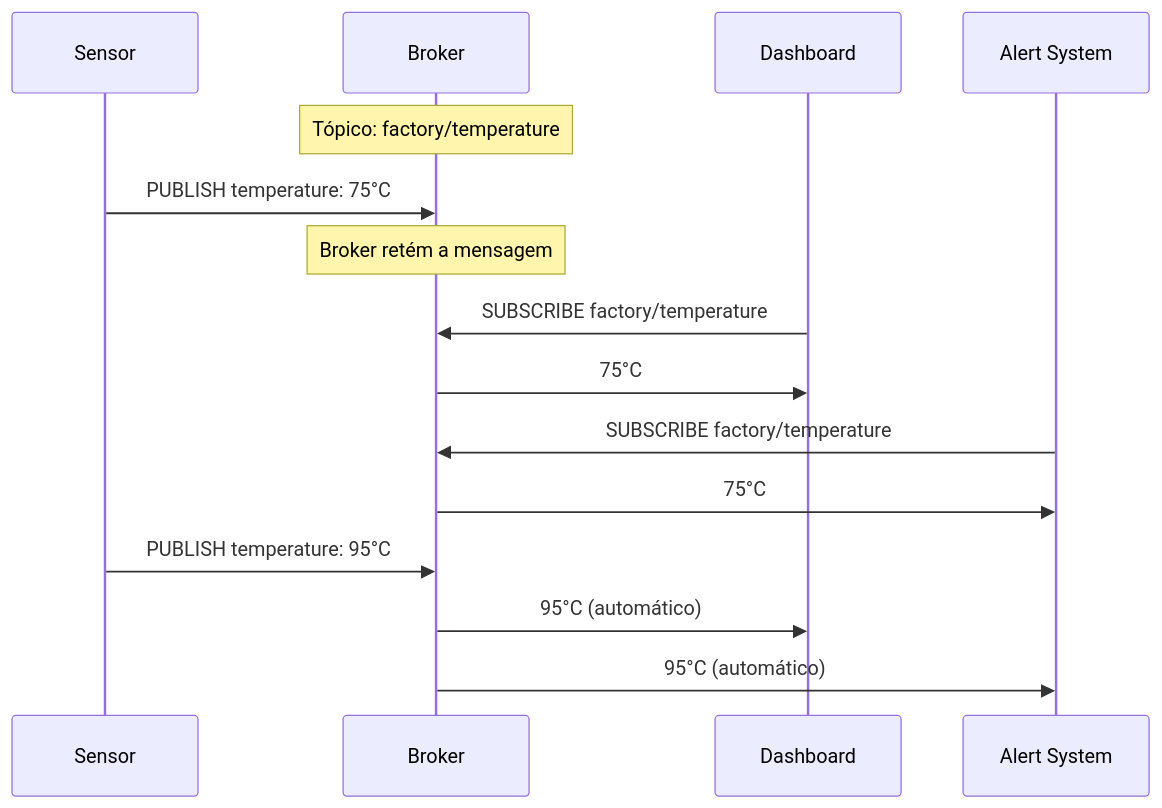
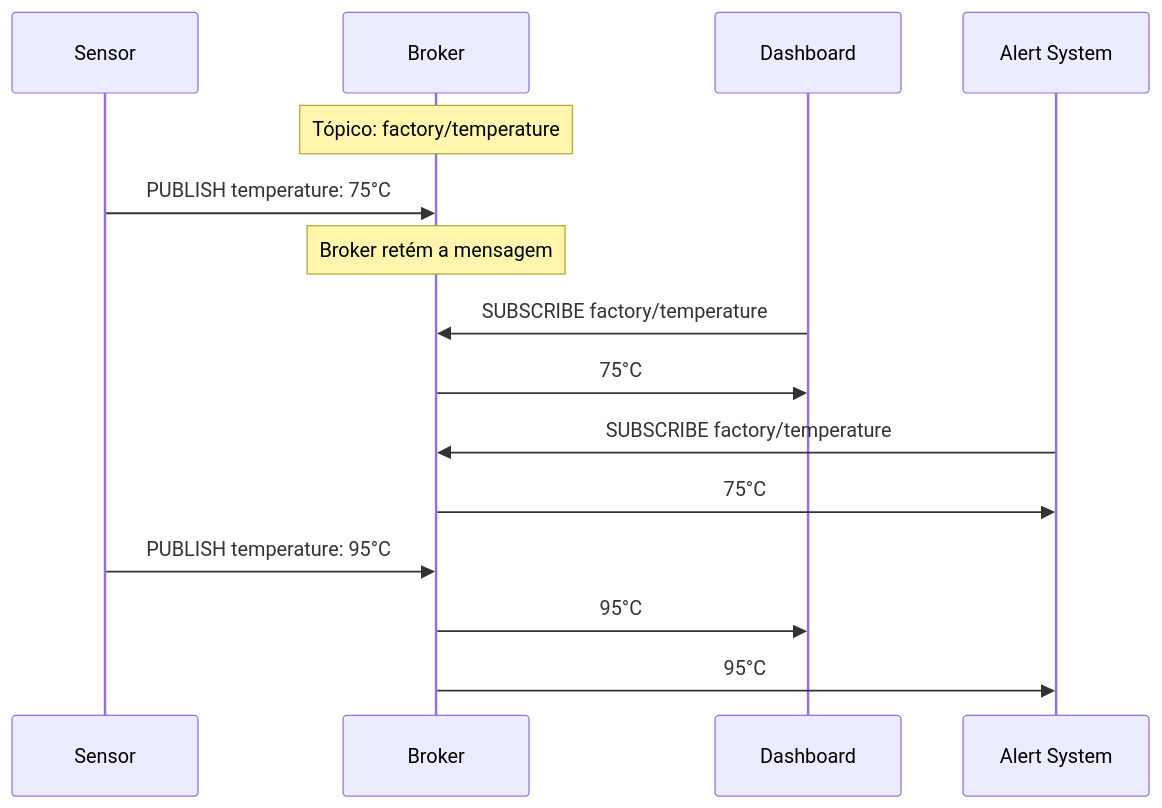
One commit to CurtoLab/Mqtt-na-Industria changed the second of 2 diagrams in pages/02-fundamentos-mqtt.md. Above: the diagram before and after it, drawn with Mermaid. The commit also changed other lines of this file and 11 other files, not shown here.

````diff
--- a/pages/02-fundamentos-mqtt.md
+++ b/pages/02-fundamentos-mqtt.md
@@ -98,22 +95,22 @@
 ```mermaid
 sequenceDiagram
     participant S as Sensor
     participant B as Broker
     participant D as Dashboard
     participant A as Alert System
     
     Note over B: Tópico: factory/temperature
     
     S->>B: PUBLISH temperature: 75°C
     Note over B: Broker retém a mensagem
     
     D->>B: SUBSCRIBE factory/temperature
     B->>D: 75°C
     
     A->>B: SUBSCRIBE factory/temperature
     B->>A: 75°C
     
     S->>B: PUBLISH temperature: 95°C
-    B->>D: 95°C (automático)
-    B->>A: 95°C (automático)
+    B->>D: 95°C 
+    B->>A: 95°C 
 ```
````
